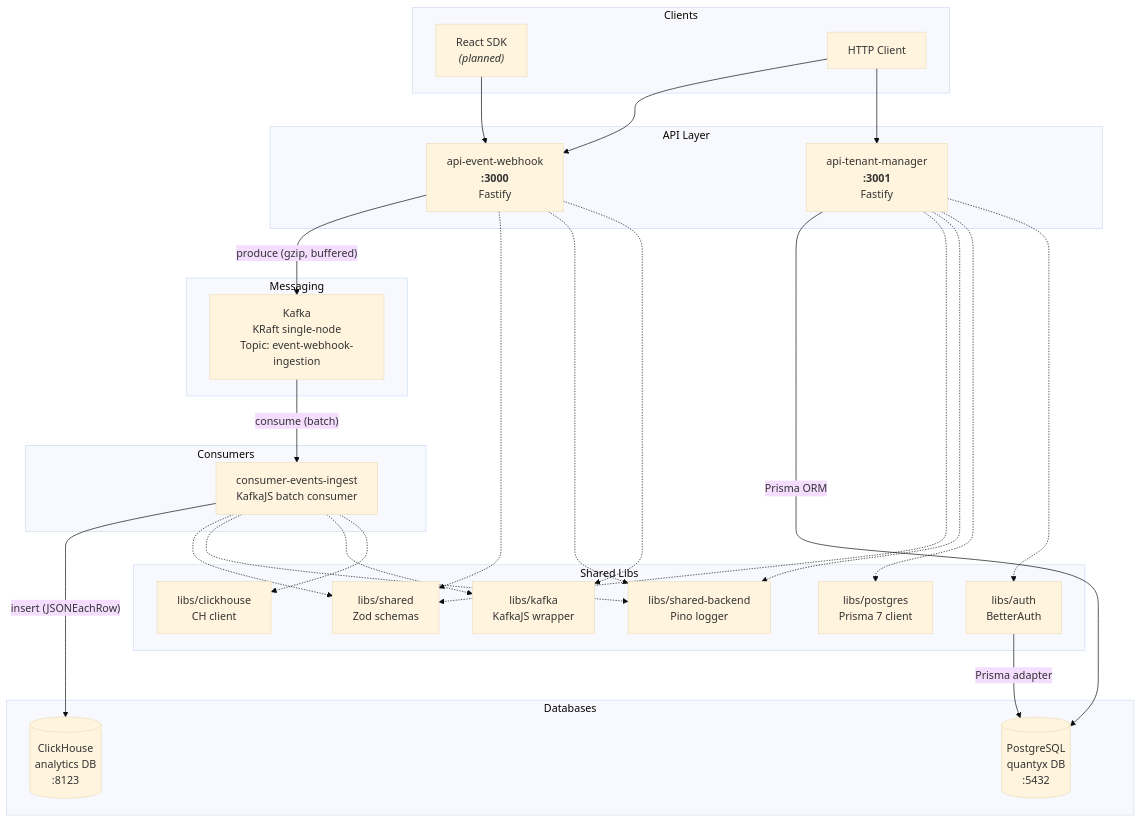
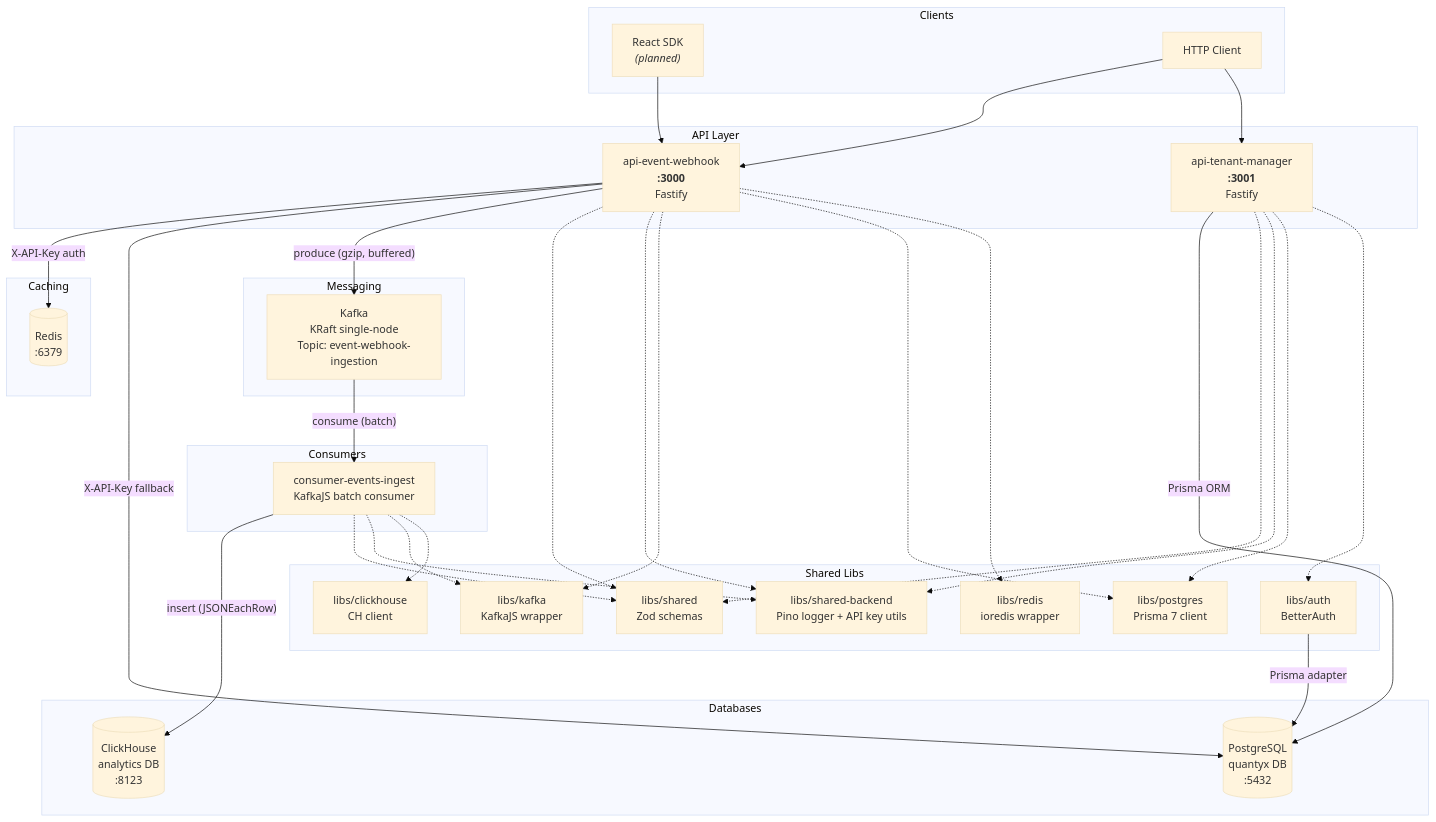
Before and after one commit to MateusRoscoe/quantyx: the first of 5 diagrams in OVERVIEW.md, drawn with Mermaid (base theme). The commit also changed other lines of this file and 41 other files, not shown here.

First line of the commit message:
feat: rename tenant_id to project_id and add API key authentication

````diff
--- a/OVERVIEW.md
+++ b/OVERVIEW.md
@@ -13,56 +13,65 @@
 ```mermaid
 graph TB
     subgraph Clients
         SDK["React SDK<br/><i>(planned)</i>"]
         HTTP["HTTP Client"]
     end
 
     subgraph API Layer
         EW["api-event-webhook<br/><b>:3000</b><br/>Fastify"]
         TM["api-tenant-manager<br/><b>:3001</b><br/>Fastify"]
     end
 
     subgraph Messaging
         K["Kafka<br/>KRaft single-node<br/>Topic: event-webhook-ingestion"]
     end
 
     subgraph Consumers
         CE["consumer-events-ingest<br/>KafkaJS batch consumer"]
     end
 
     subgraph Databases
         CH[("ClickHouse<br/>analytics DB<br/>:8123")]
         PG[("PostgreSQL<br/>quantyx DB<br/>:5432")]
     end
 
+    subgraph Caching
+        RD[("Redis<br/>:6379")]
+    end
+
     subgraph Shared Libs
         LS["libs/shared<br/>Zod schemas"]
-        LSB["libs/shared-backend<br/>Pino logger"]
+        LSB["libs/shared-backend<br/>Pino logger + API key utils"]
         LK["libs/kafka<br/>KafkaJS wrapper"]
         LC["libs/clickhouse<br/>CH client"]
         LP["libs/postgres<br/>Prisma 7 client"]
+        LR["libs/redis<br/>ioredis wrapper"]
         LA["libs/auth<br/>BetterAuth"]
     end
 
     SDK --> EW
     HTTP --> EW
     HTTP --> TM
 
+    EW -- "X-API-Key auth" --> RD
+    EW -- "X-API-Key fallback" --> PG
     EW -- "produce (gzip, buffered)" --> K
     K -- "consume (batch)" --> CE
     CE -- "insert (JSONEachRow)" --> CH
     TM -- "Prisma ORM" --> PG
     LA -- "Prisma adapter" --> PG
 
     EW -.-> LS
     EW -.-> LSB
     EW -.-> LK
+    EW -.-> LP
+    EW -.-> LR
     CE -.-> LS
     CE -.-> LSB
     CE -.-> LK
     CE -.-> LC
     TM -.-> LS
     TM -.-> LSB
     TM -.-> LP
     TM -.-> LA
 ```
````
